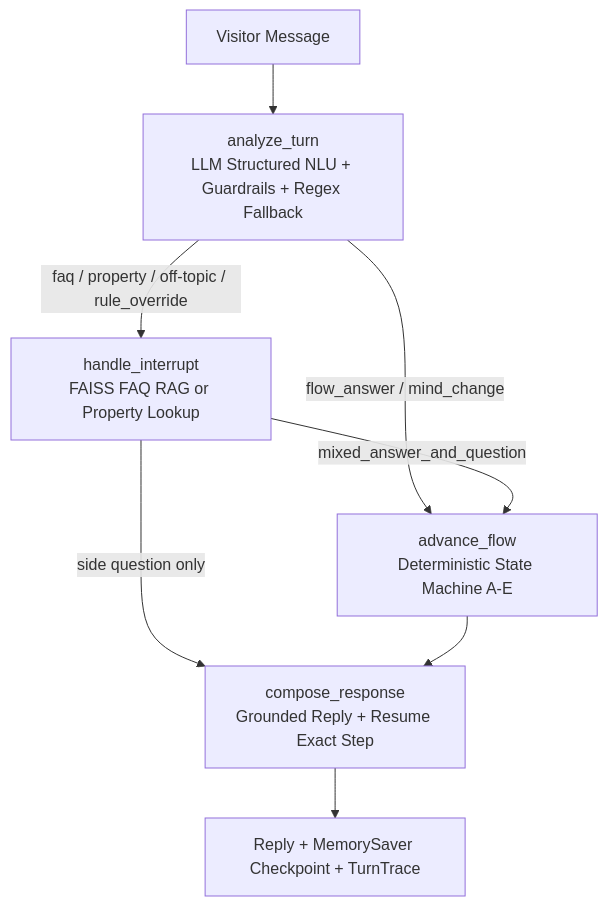
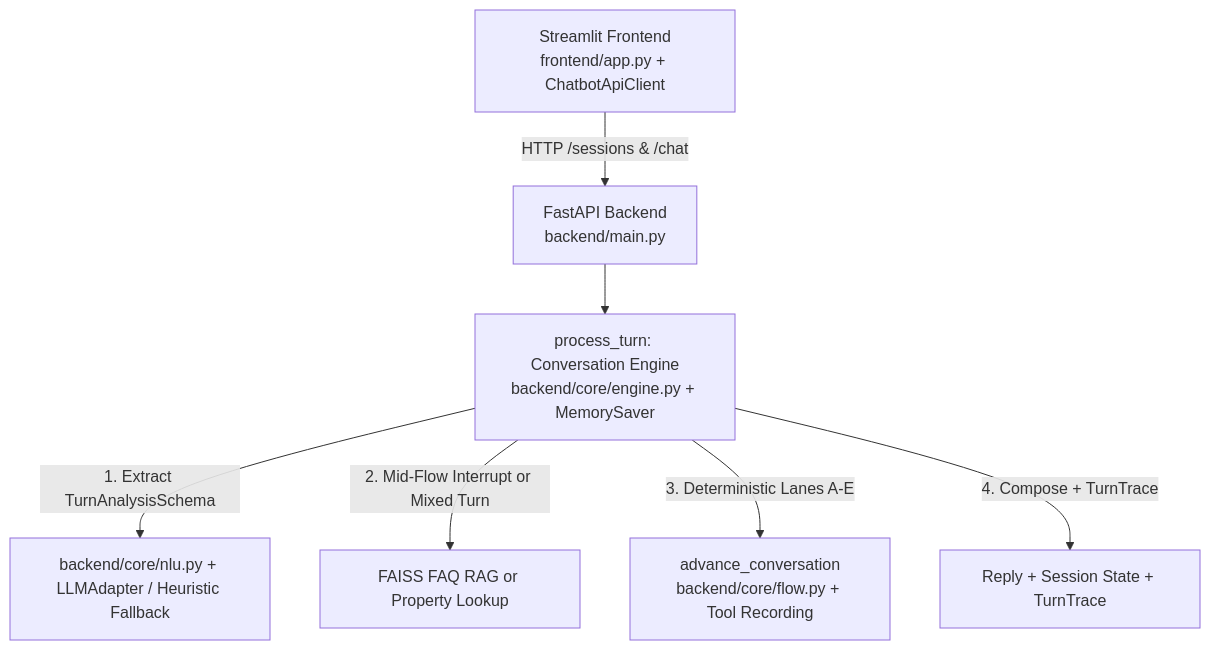
The diagram in README.md (Nitsh-kumar/commversion_assignment), drawn with Mermaid before and after one commit. The commit also changed other lines of this file and 5 other files, not shown here.

````diff
--- a/README.md
+++ b/README.md
@@ -11,10 +32,9 @@
 ```mermaid
 flowchart TD
-    U[Visitor Message] --> A[analyze_turn<br/>LLM Structured NLU + Guardrails + Regex Fallback]
-    A -->|faq / property / off-topic / rule_override| I[handle_interrupt<br/>FAISS FAQ RAG or Property Lookup]
-    A -->|flow_answer / mind_change| F[advance_flow<br/>Deterministic State Machine A-E]
-    I -->|mixed_answer_and_question| F
-    I -->|side question only| C[compose_response<br/>Grounded Reply + Resume Exact Step]
-    F --> C
-    C --> OUT[Reply + MemorySaver Checkpoint + TurnTrace]
+    UI[Streamlit Frontend<br/>frontend/app.py + ChatbotApiClient] -->|HTTP /sessions & /chat| API[FastAPI Backend<br/>backend/main.py]
+    API --> E[process_turn: Conversation Engine<br/>backend/core/engine.py + MemorySaver]
+    E -->|1. Extract TurnAnalysisSchema| N[backend/core/nlu.py + LLMAdapter / Heuristic Fallback]
+    E -->|2. Mid-Flow Interrupt or Mixed Turn| I[FAISS FAQ RAG or Property Lookup]
+    E -->|3. Deterministic Lanes A-E| F[advance_conversation<br/>backend/core/flow.py + Tool Recording]
+    E -->|4. Compose + TurnTrace| OUT[Reply + Session State + TurnTrace]
 ```
````
